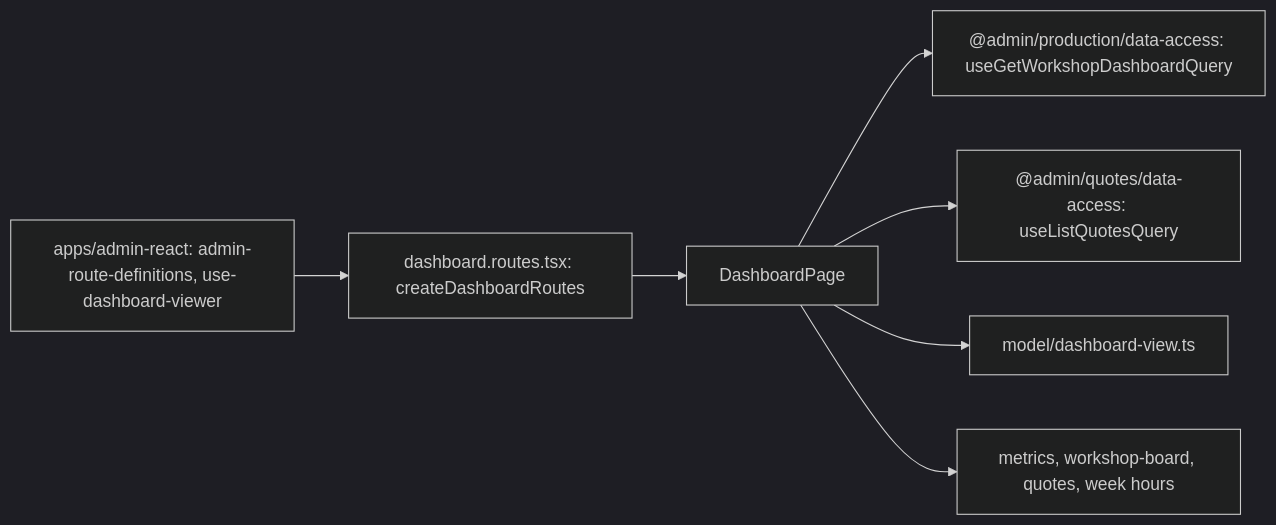
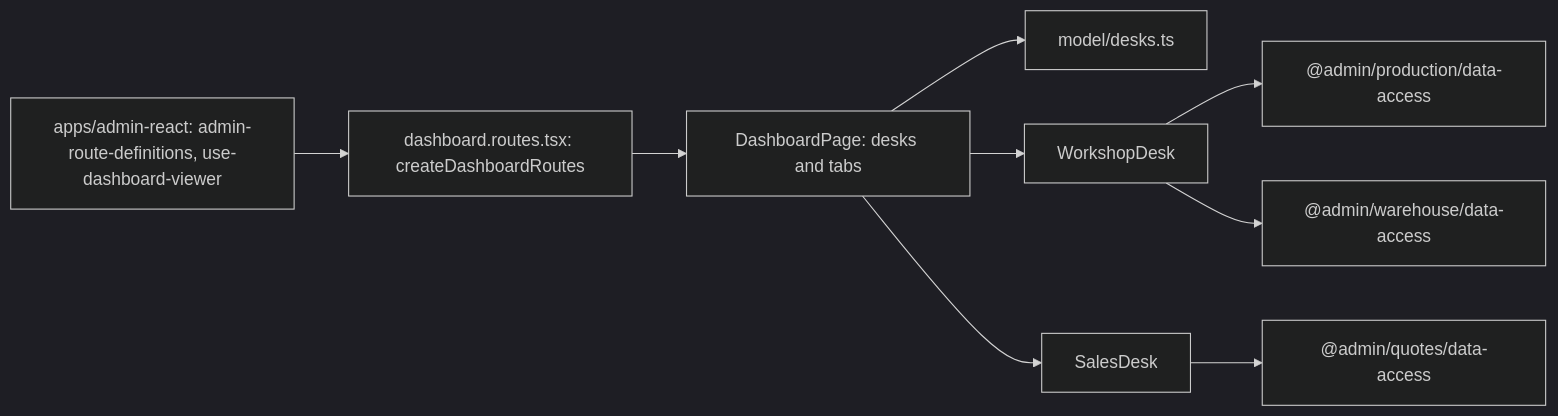
Before and after one commit to Weretik/brevi-web: the diagram in docs/features/admin/dashboard.md, drawn with Mermaid (dark theme). The commit also changed other lines of this file and 28 other files, not shown here.

First line of the commit message:
Add «Робочий стіл» by role with the workshop desk and the SEO role (DESK-001 stage 1)

````diff
--- a/docs/features/admin/dashboard.md
+++ b/docs/features/admin/dashboard.md
@@ -9,9 +12,11 @@
 ```mermaid
 flowchart LR
   Router["apps/admin-react: admin-route-definitions, use-dashboard-viewer"] --> Routes["dashboard.routes.tsx: createDashboardRoutes"]
-  Routes --> Page["DashboardPage"]
-  Page --> Production["@admin/production/data-access: useGetWorkshopDashboardQuery"]
-  Page --> Quotes["@admin/quotes/data-access: useListQuotesQuery"]
-  Page --> View["model/dashboard-view.ts"]
-  Page --> Parts["metrics, workshop-board, quotes, week hours"]
+  Routes --> Page["DashboardPage: desks and tabs"]
+  Page --> Desks["model/desks.ts"]
+  Page --> Workshop["WorkshopDesk"]
+  Page --> Sales["SalesDesk"]
+  Workshop --> Production["@admin/production/data-access"]
+  Workshop --> Warehouse["@admin/warehouse/data-access"]
+  Sales --> Quotes["@admin/quotes/data-access"]
 ```
````
